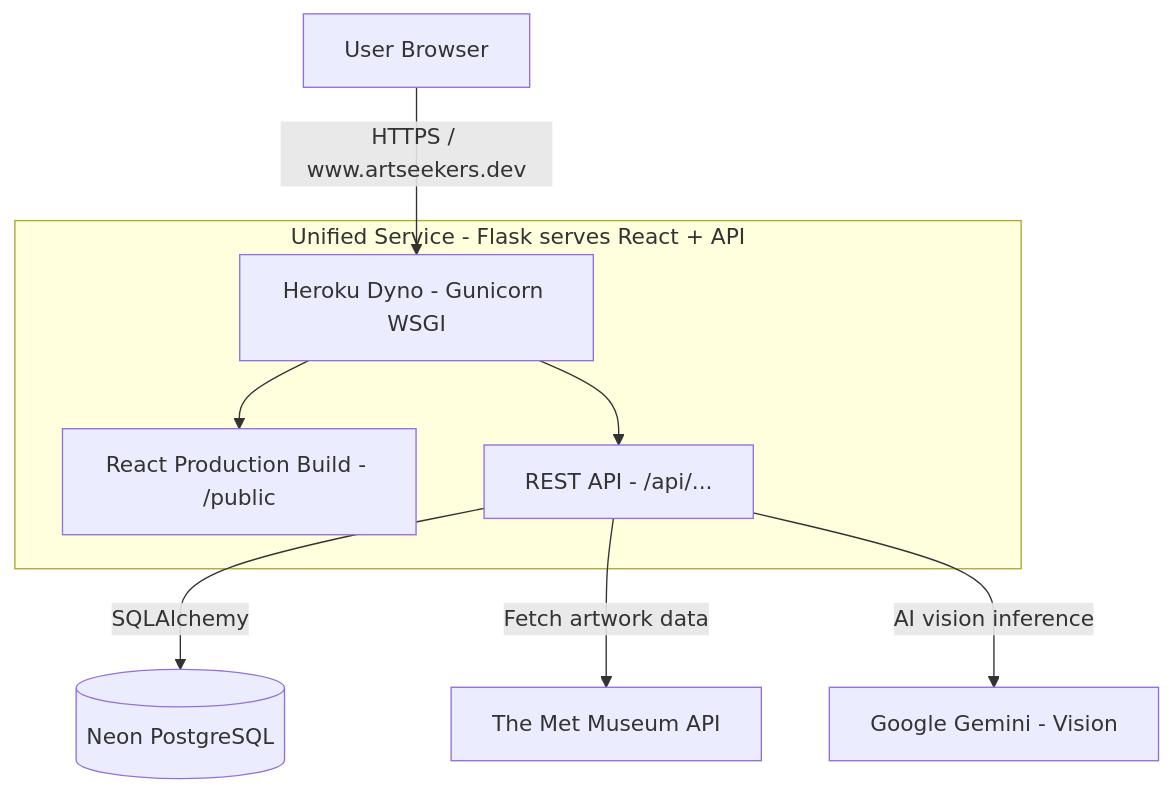
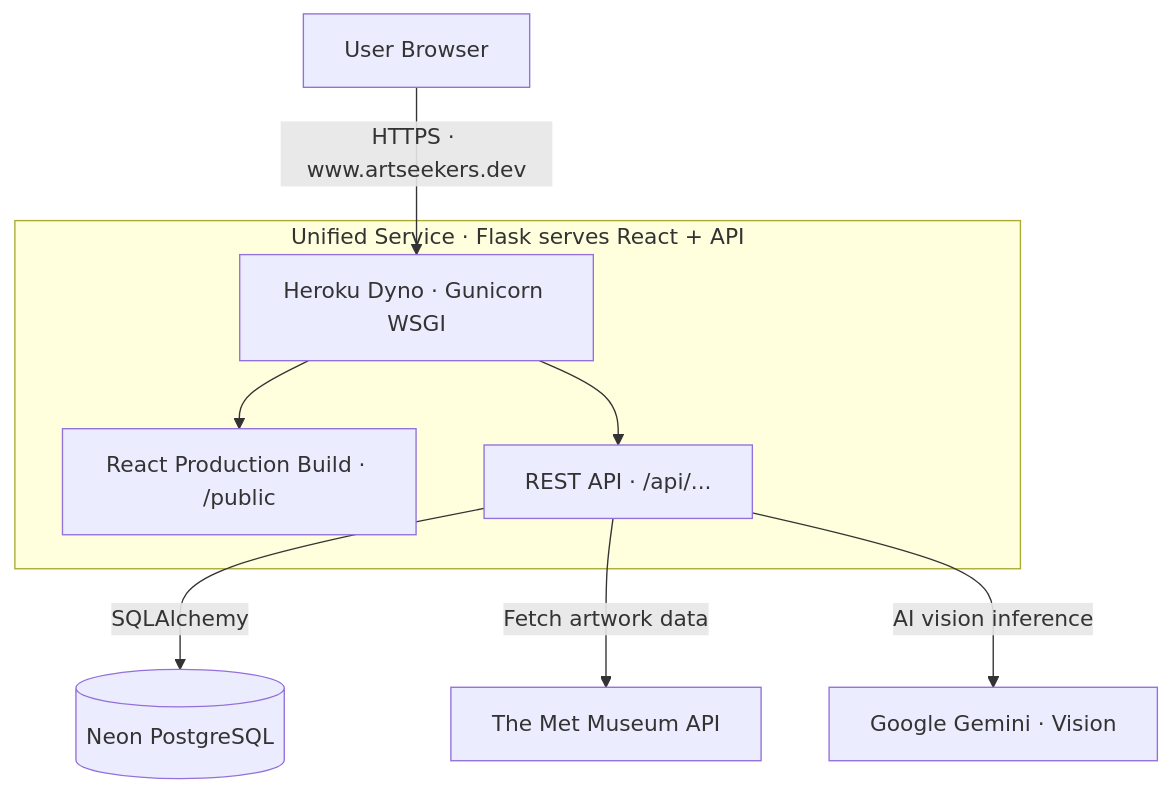
Before and after one commit to Aleska134/Artseekers: the diagram in README.md, drawn with Mermaid.

Commit message:
fix: repair Mermaid diagram so GitHub can render it

````diff
--- a/README.md
+++ b/README.md
@@ -45,15 +45,15 @@
 ```mermaid
 flowchart TB
-  U[User Browser] -->|HTTPS / www.artseekers.dev| HEROKU[Heroku Dyno - Gunicorn WSGI]
- 
-  subgraph APP[Unified Service - Flask serves React + API]
-    UI[React Production Build - /public]
-    API[REST API - /api/...]
+  U["User Browser"] -->|"HTTPS · www.artseekers.dev"| HEROKU["Heroku Dyno · Gunicorn WSGI"]
+
+  subgraph APP["Unified Service · Flask serves React + API"]
+    UI["React Production Build · /public"]
+    API["REST API · /api/..."]
     HEROKU --> UI
     HEROKU --> API
   end
- 
-  API -->|SQLAlchemy| DB[(Neon PostgreSQL)]
-  API -->|Fetch artwork data| MET[The Met Museum API]
-  API -->|AI vision inference| GEMINI[Google Gemini - Vision]
+
+  API -->|"SQLAlchemy"| DB[("Neon PostgreSQL")]
+  API -->|"Fetch artwork data"| MET["The Met Museum API"]
+  API -->|"AI vision inference"| GEMINI["Google Gemini · Vision"]
 ```
````
